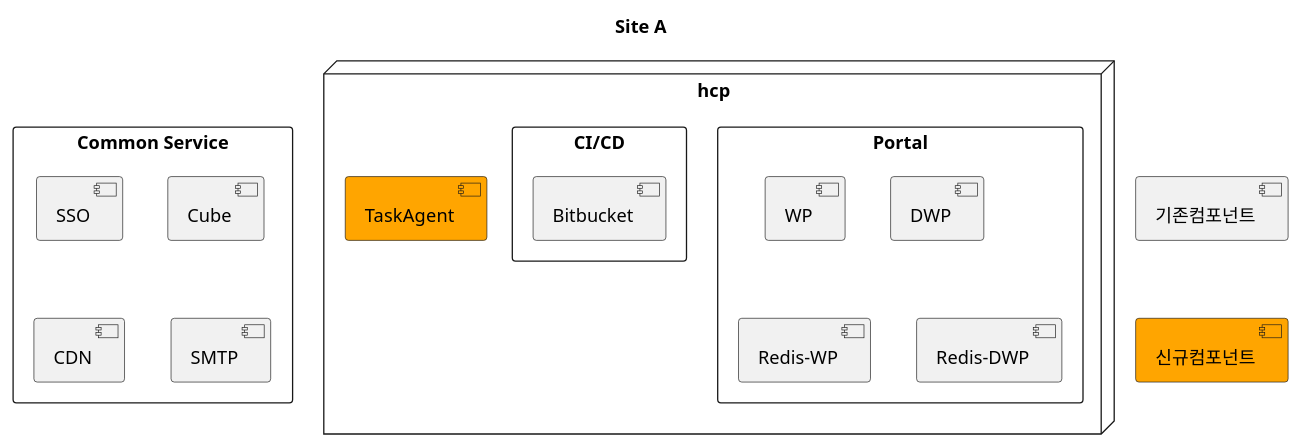
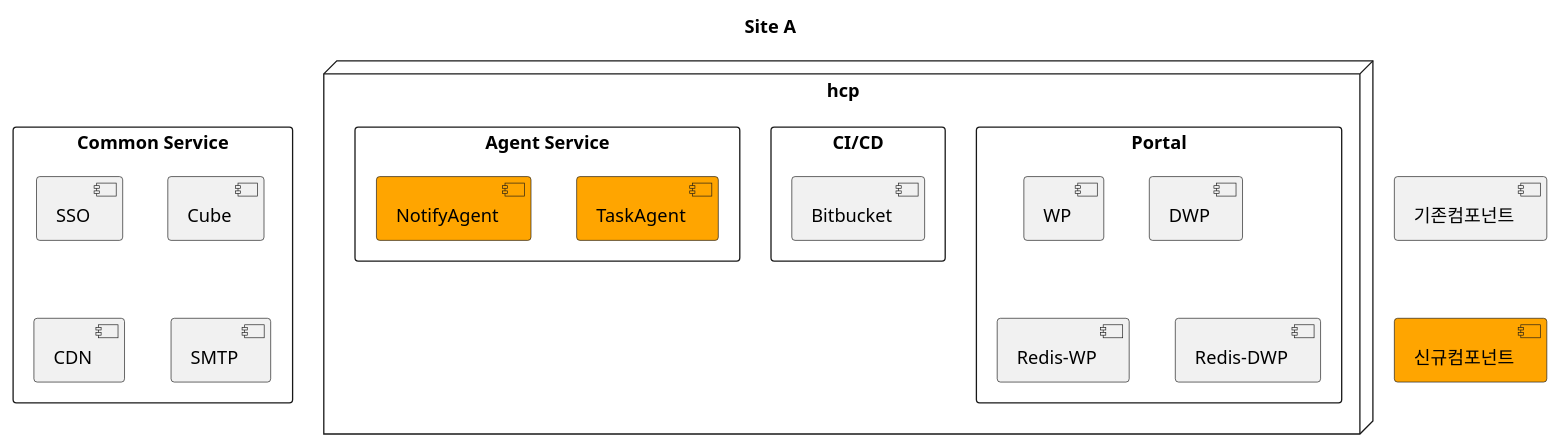
Before and after one commit to kloudbank/htdp1.github.io: the first of 8 diagrams in docs/src/multi-cloud/diagram.md, drawn with PlantUML. The commit also changed other lines of this file, not shown here.

```diff
--- a/docs/src/multi-cloud/diagram.md
+++ b/docs/src/multi-cloud/diagram.md
@@ -6,27 +6,30 @@
 @startuml
 
 title "Site A"
 
 [기존컴포넌트] as old
 [신규컴포넌트] as new #orange
 old -[hidden]d-> new
 
 rectangle "Common Service" as a_comm {
     [SSO] as a_comm_sso
     [Cube] as a_comm_cube
     [CDN] as a_comm_cnd
     [SMTP] as a_comm_smtp
 }
 node "hcp" as hcp {
-    rectangle "Portal" as a_portal {
+    rectangle "Portal" as hcp_portal {
         [WP] as hcp_portal_wp
         [DWP] as hcp_portal_dwp
         [Redis-WP] as hcp_portal_rediswp
         [Redis-DWP] as hcp_portal_redisdwp
     }
     rectangle "CI/CD" as hcp_cicd {
         [Bitbucket] as hcp_cicd_bitbucket
     }
-    [TaskAgent] as hcp_agent #orange
+    rectangle "Agent Service" as hcp_agent {
+        [TaskAgent] as hcp_agent_taskagent #orange
+        [NotifyAgent] as hcp_agent_notifyagent #orange
+    }
 }
 @enduml
```
